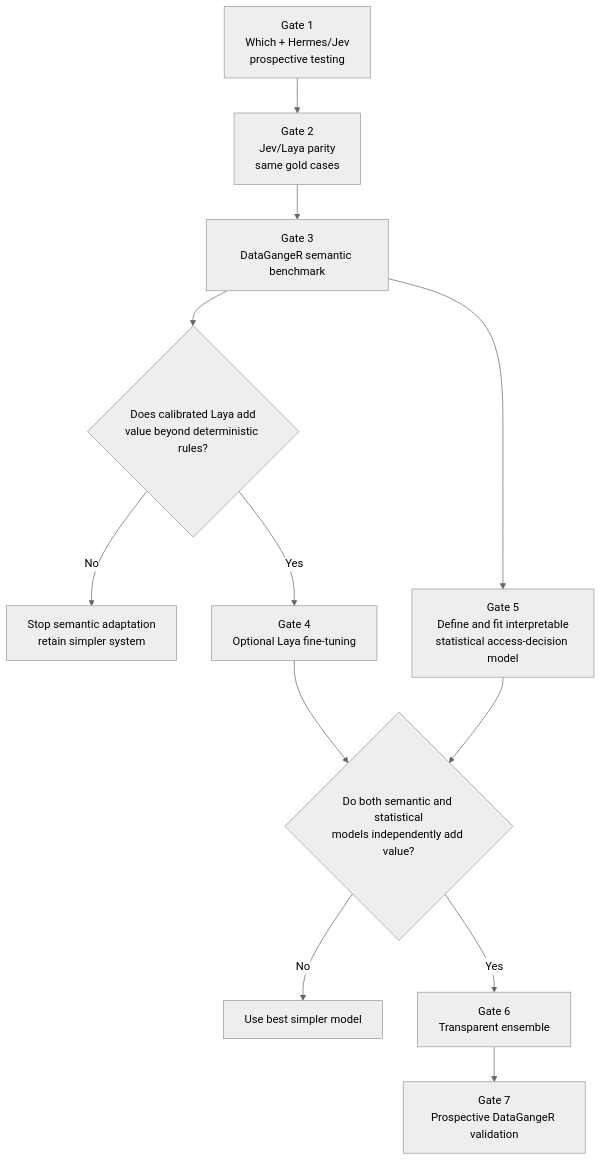
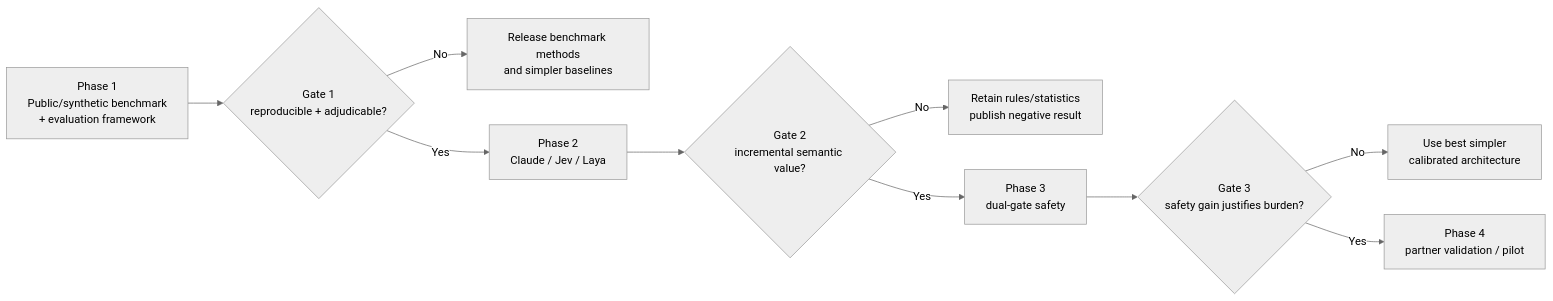
Before and after one commit to lennon-li/which: the fourth of 6 diagrams in docs/grants/2026-09-dsi-anthropic-ai-privacy-firewall-proposal.md, drawn with Mermaid (neutral theme). The commit also changed other lines of this file, not shown here.

Commit message:
docs: add public partner data strategy and phased gates

```diff
--- a/docs/grants/2026-09-dsi-anthropic-ai-privacy-firewall-proposal.md
+++ b/docs/grants/2026-09-dsi-anthropic-ai-privacy-firewall-proposal.md
@@ -582,14 +638,12 @@
 ~~~mermaid
-flowchart TB
-    G1["Gate 1<br/>Which + Hermes/Jev<br/>prospective testing"] --> G2["Gate 2<br/>Jev/Laya parity<br/>same gold cases"]
-    G2 --> G3["Gate 3<br/>DataGangeR semantic benchmark"]
-    G3 --> Q1{"Does calibrated Laya add<br/>value beyond deterministic rules?"}
-    Q1 -->|No| S1["Stop semantic adaptation<br/>retain simpler system"]
-    Q1 -->|Yes| G4["Gate 4<br/>Optional Laya fine-tuning"]
-    G3 --> G5["Gate 5<br/>Define and fit interpretable<br/>statistical access-decision model"]
-    G4 --> Q2{"Do both semantic and statistical<br/>models independently add value?"}
-    G5 --> Q2
-    Q2 -->|No| S2["Use best simpler model"]
-    Q2 -->|Yes| G6["Gate 6<br/>Transparent ensemble"]
-    G6 --> G7["Gate 7<br/>Prospective DataGangeR validation"]
+flowchart LR
+    P1["Phase 1<br/>Public/synthetic benchmark<br/>+ evaluation framework"] --> G1{"Gate 1<br/>reproducible + adjudicable?"}
+    G1 -->|No| O1["Release benchmark methods<br/>and simpler baselines"]
+    G1 -->|Yes| P2["Phase 2<br/>Claude / Jev / Laya"]
+    P2 --> G2{"Gate 2<br/>incremental semantic value?"}
+    G2 -->|No| O2["Retain rules/statistics<br/>publish negative result"]
+    G2 -->|Yes| P3["Phase 3<br/>dual-gate safety"]
+    P3 --> G3{"Gate 3<br/>safety gain justifies burden?"}
+    G3 -->|No| O3["Use best simpler<br/>calibrated architecture"]
+    G3 -->|Yes| P4["Phase 4<br/>partner validation / pilot"]
 ~~~
```
